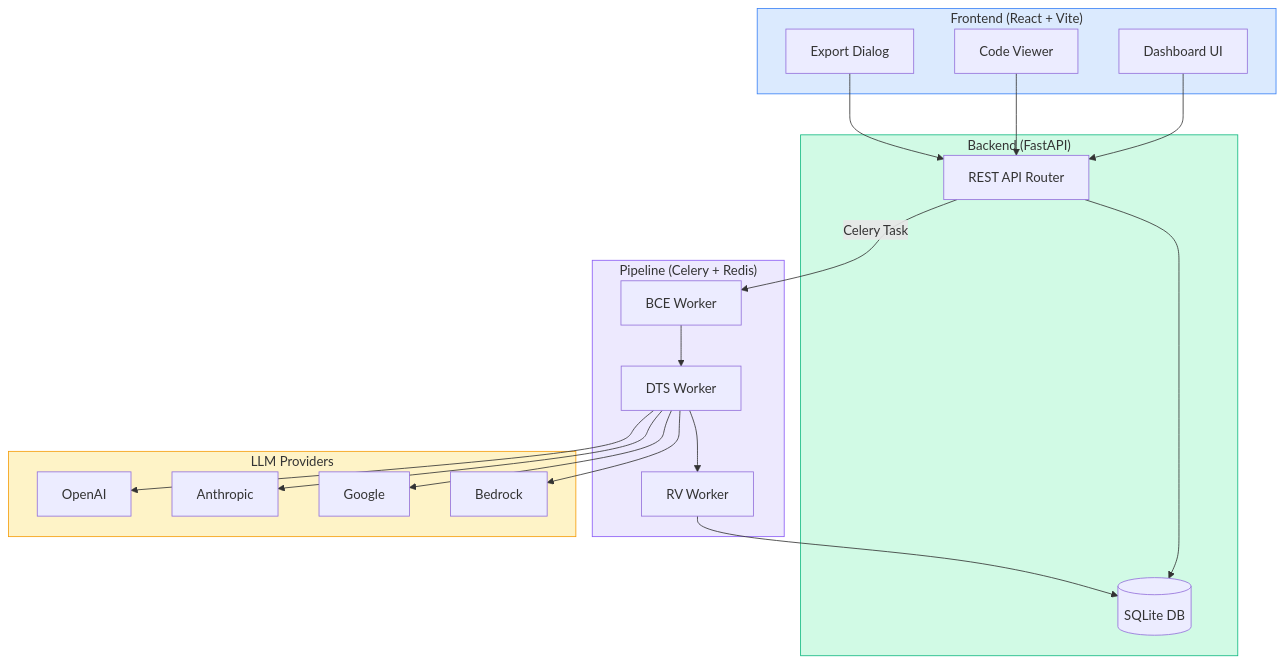
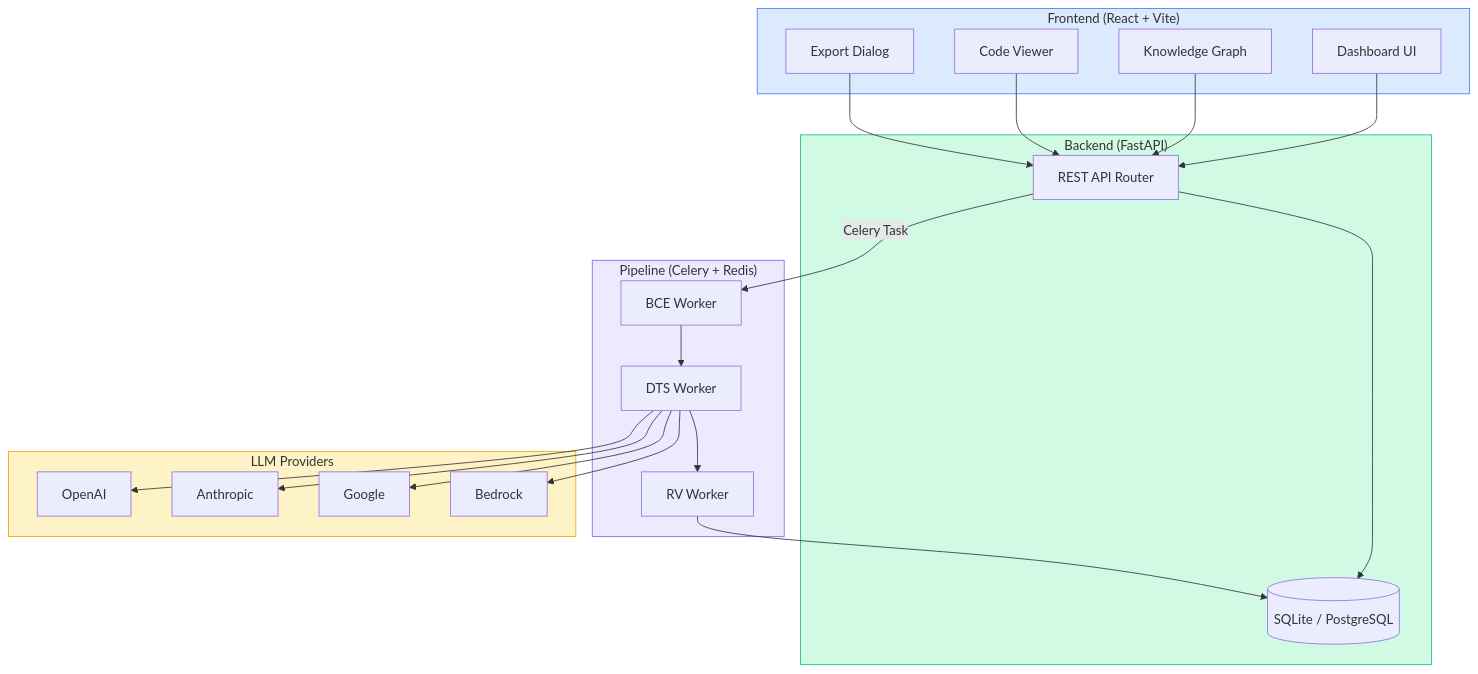
One commit to DineshKumarCLG/LLM-Docstrings changed the second of 2 diagrams in README.md. Above: the diagram before and after it, drawn with Mermaid. The commit also changed other lines of this file, not shown here.

````diff
--- a/README.md
+++ b/README.md
@@ -102,44 +142,46 @@
 ```mermaid
 graph TB
     subgraph Frontend["Frontend (React + Vite)"]
         UI[Dashboard UI]
+        KG[Knowledge Graph]
         CV[Code Viewer]
         EX[Export Dialog]
     end
 
     subgraph API["Backend (FastAPI)"]
         R[REST API Router]
-        DB[(SQLite DB)]
+        DB[(SQLite / PostgreSQL)]
     end
 
     subgraph Pipeline["Pipeline (Celery + Redis)"]
         BCE[BCE Worker]
         DTS[DTS Worker]
         RV[RV Worker]
     end
 
     subgraph LLM["LLM Providers"]
         GPT[OpenAI]
         CL[Anthropic]
         GEM[Google]
         BR[Bedrock]
     end
 
     UI --> R
+    KG --> R
     CV --> R
     EX --> R
     R --> DB
     R -->|Celery Task| BCE
     BCE --> DTS
     DTS --> RV
     DTS --> GPT
     DTS --> CL
     DTS --> GEM
     DTS --> BR
     RV --> DB
 
     style Frontend fill:#dbeafe,stroke:#3b82f6
     style API fill:#d1fae5,stroke:#10b981
     style Pipeline fill:#ede9fe,stroke:#8b5cf6
     style LLM fill:#fef3c7,stroke:#f59e0b
 ```
````
